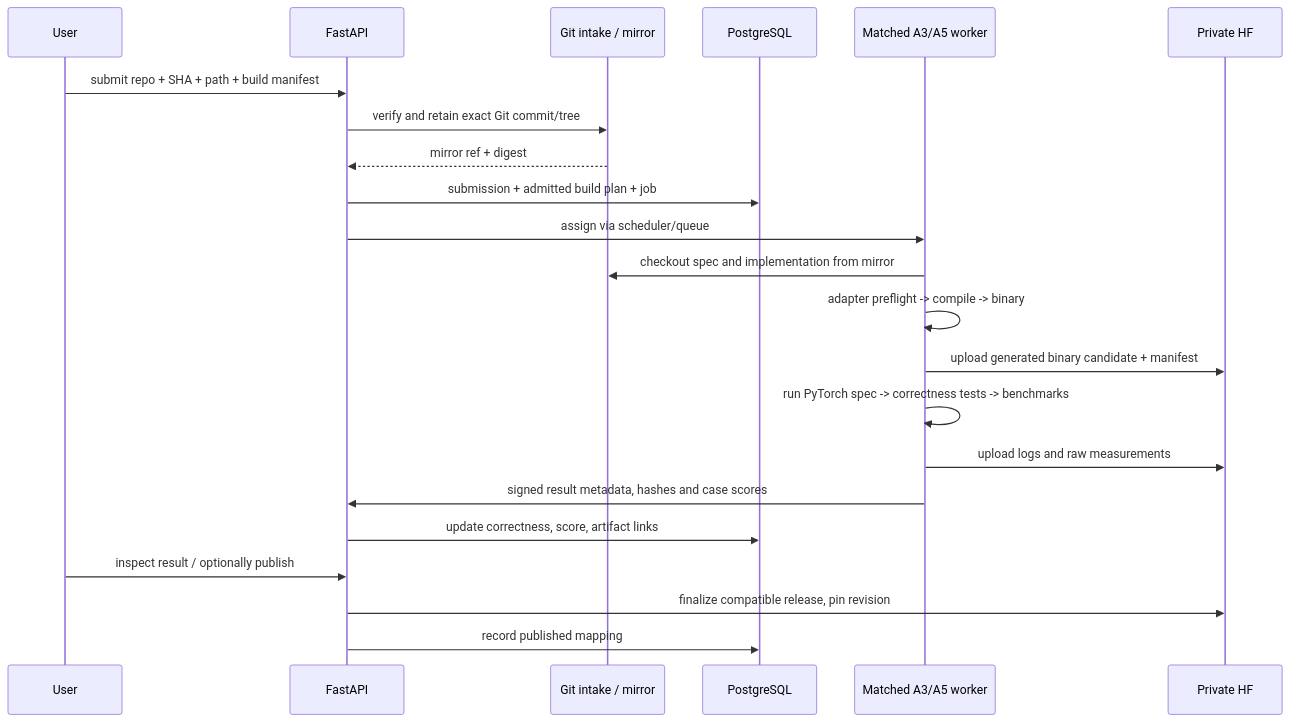
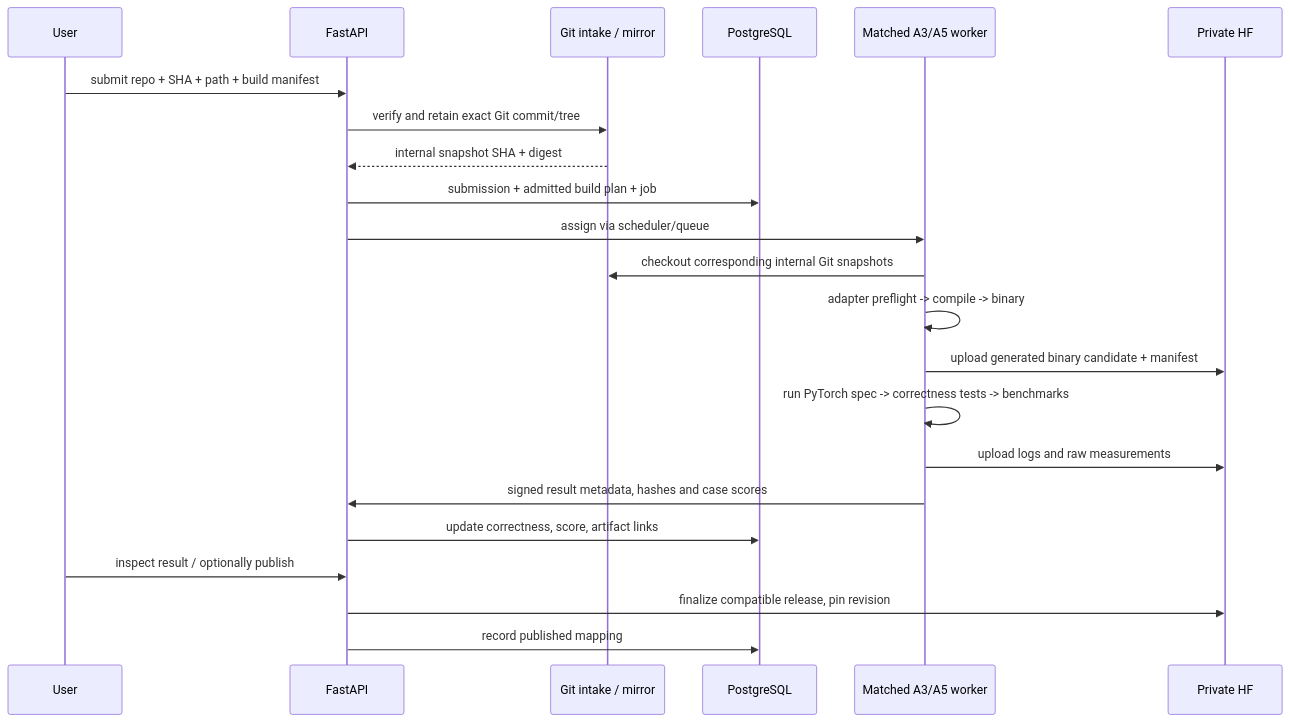
Before and after one commit to huawei-cpl-zurich/cannery: the second of 2 diagrams in docs/architecture.md, drawn with Mermaid. The commit also changed other lines of this file, not shown here.

Commit message:
docs: replace full Git mirroring with per-kernel Git snapshot history

````diff
--- a/docs/architecture.md
+++ b/docs/architecture.md
@@ -92,24 +92,24 @@
 ```mermaid
 sequenceDiagram
   participant C as User
   participant A as FastAPI
   participant G as Git intake / mirror
   participant P as PostgreSQL
   participant W as Matched A3/A5 worker
   participant H as Private HF
   C->>A: submit repo + SHA + path + build manifest
   A->>G: verify and retain exact Git commit/tree
-  G-->>A: mirror ref + digest
+  G-->>A: internal snapshot SHA + digest
   A->>P: submission + admitted build plan + job
   A->>W: assign via scheduler/queue
-  W->>G: checkout spec and implementation from mirror
+  W->>G: checkout corresponding internal Git snapshots
   W->>W: adapter preflight -> compile -> binary
   W->>H: upload generated binary candidate + manifest
   W->>W: run PyTorch spec -> correctness tests -> benchmarks
   W->>H: upload logs and raw measurements
   W->>A: signed result metadata, hashes and case scores
   A->>P: update correctness, score, artifact links
   C->>A: inspect result / optionally publish
   A->>H: finalize compatible release, pin revision
   A->>P: record published mapping
 ```
````
